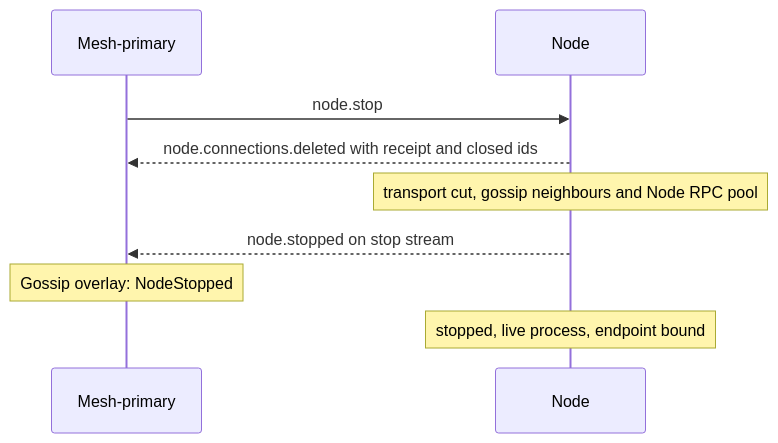
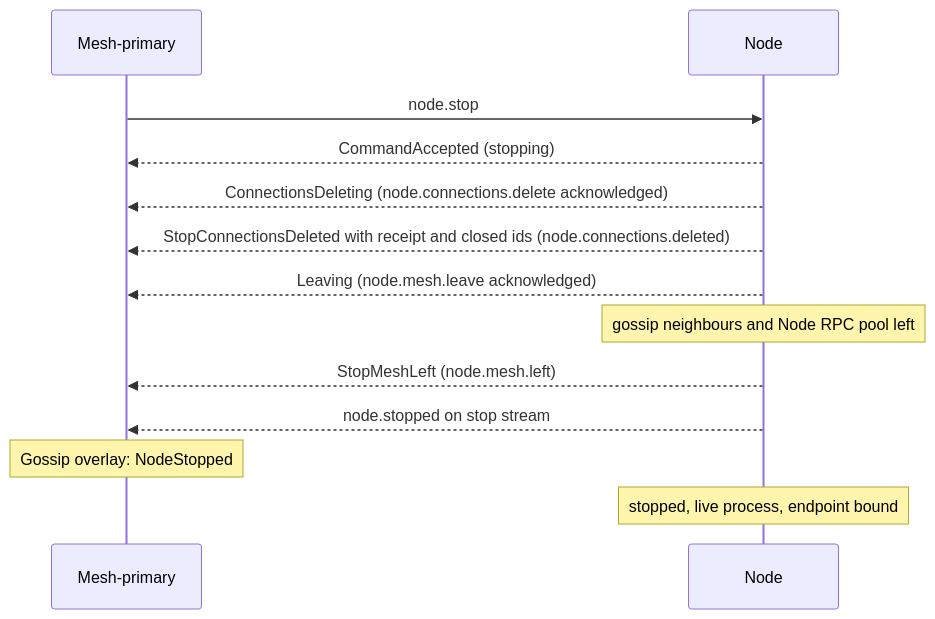
Before and after one commit to drlukeangel/rust-distributed-mesh: the diagram in docs/architecture/lifecycles/node-stop.md, drawn with Mermaid. The commit also changed other lines of this file and 26 other files, not shown here.

````diff
--- a/docs/architecture/lifecycles/node-stop.md
+++ b/docs/architecture/lifecycles/node-stop.md
@@ -82,11 +95,15 @@
 ```mermaid
 sequenceDiagram
     participant M as Mesh-primary
     participant N as Node
     M->>N: node.stop
-    N-->>M: node.connections.deleted with receipt and closed ids
-    Note over N: transport cut, gossip neighbours and Node RPC pool
+    N-->>M: CommandAccepted (stopping)
+    N-->>M: ConnectionsDeleting (node.connections.delete acknowledged)
+    N-->>M: StopConnectionsDeleted with receipt and closed ids (node.connections.deleted)
+    N-->>M: Leaving (node.mesh.leave acknowledged)
+    Note over N: gossip neighbours and Node RPC pool left
+    N-->>M: StopMeshLeft (node.mesh.left)
     N-->>M: node.stopped on stop stream
     Note over M: Gossip overlay: NodeStopped
     Note over N: stopped, live process, endpoint bound
 ```
````
